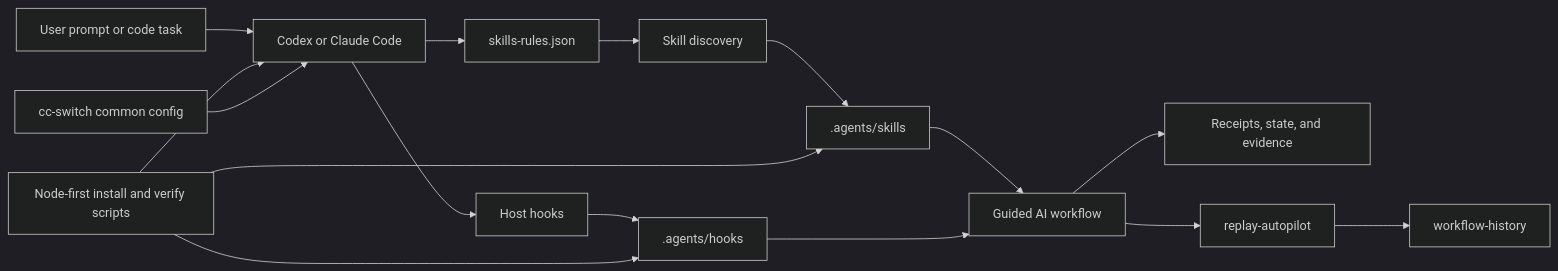
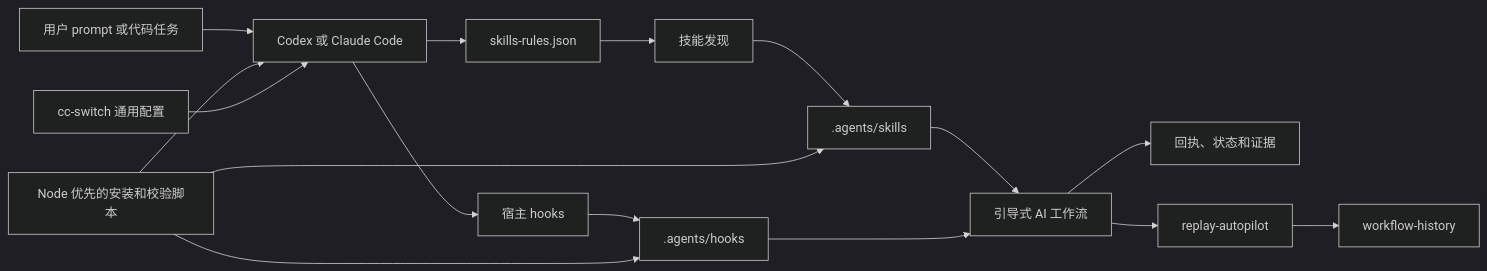
One commit to hxld/ai-workflow-control-kit changed the first of 8 diagrams in docs/ARCHITECTURE.md. Above: the diagram before and after it, drawn with Mermaid (dark theme). The commit also changed other lines of this file and 2 other files, not shown here.

First line of the commit message:
📝 docs: add bilingual toggle (zh/en) for ARCHITECTURE.md

````diff
--- a/docs/ARCHITECTURE.md
+++ b/docs/ARCHITECTURE.md
@@ -16,18 +18,18 @@
 ```mermaid
 flowchart LR
-    User["User prompt or code task"] --> Host["Codex or Claude Code"]
+    User["用户 prompt 或代码任务"] --> Host["Codex 或 Claude Code"]
     Host --> Rules["skills-rules.json"]
-    Host --> Hooks["Host hooks"]
-    Rules --> SkillLoader["Skill discovery"]
+    Host --> Hooks["宿主 hooks"]
+    Rules --> SkillLoader["技能发现"]
     Hooks --> AgentsHooks[".agents/hooks"]
     SkillLoader --> AgentsSkills[".agents/skills"]
-    AgentsSkills --> Workflow["Guided AI workflow"]
+    AgentsSkills --> Workflow["引导式 AI 工作流"]
     AgentsHooks --> Workflow
-    Workflow --> Evidence["Receipts, state, and evidence"]
+    Workflow --> Evidence["回执、状态和证据"]
     Workflow --> Replay["replay-autopilot"]
     Replay --> History["workflow-history"]
-    Scripts["Node-first install and verify scripts"] --> AgentsHooks
+    Scripts["Node 优先的安装和校验脚本"] --> AgentsHooks
     Scripts --> AgentsSkills
     Scripts --> Host
-    CcSwitch["cc-switch common config"] --> Host
+    CcSwitch["cc-switch 通用配置"] --> Host
 ```
````
